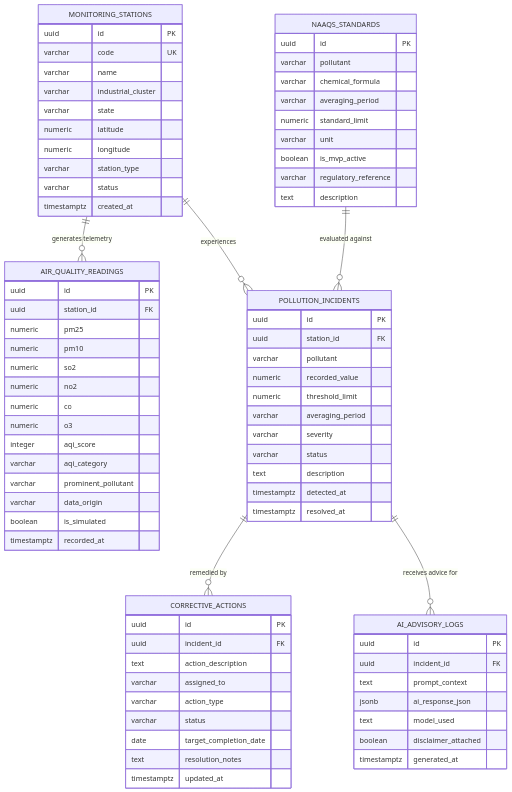
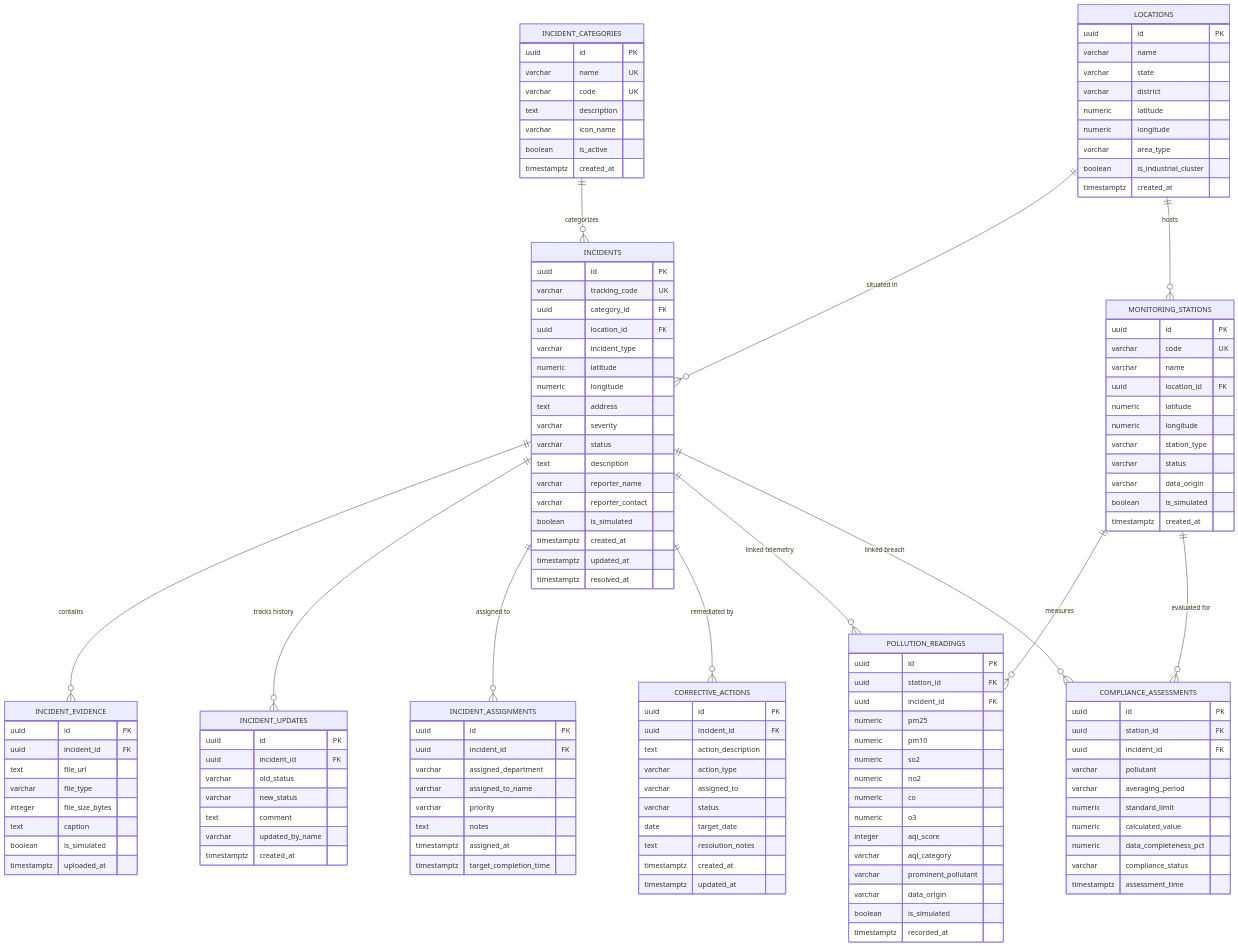
The diagram in DOCUMENTATION/DATABASE_SCHEMA.md (JainamSheth-045/HackOPS-2.0), drawn with Mermaid before and after one commit. The commit also changed other lines of this file and 42 other files, not shown here.

````diff
--- a/DOCUMENTATION/DATABASE_SCHEMA.md
+++ b/DOCUMENTATION/DATABASE_SCHEMA.md
@@ -12,39 +12,125 @@
 ```mermaid
 erDiagram
-    MONITORING_STATIONS ||--o{ AIR_QUALITY_READINGS : "generates telemetry"
-    MONITORING_STATIONS ||--o{ POLLUTION_INCIDENTS : "experiences"
-    NAAQS_STANDARDS ||--o{ POLLUTION_INCIDENTS : "evaluated against"
-    POLLUTION_INCIDENTS ||--o{ CORRECTIVE_ACTIONS : "remedied by"
-    POLLUTION_INCIDENTS ||--o{ AI_ADVISORY_LOGS : "receives advice for"
+    INCIDENT_CATEGORIES ||--o{ INCIDENTS : "categorizes"
+    LOCATIONS ||--o{ INCIDENTS : "situated in"
+    LOCATIONS ||--o{ MONITORING_STATIONS : "hosts"
+    
+    INCIDENTS ||--o{ INCIDENT_EVIDENCE : "contains"
+    INCIDENTS ||--o{ INCIDENT_UPDATES : "tracks history"
+    INCIDENTS ||--o{ INCIDENT_ASSIGNMENTS : "assigned to"
+    INCIDENTS ||--o{ CORRECTIVE_ACTIONS : "remediated by"
+    
+    MONITORING_STATIONS ||--o{ POLLUTION_READINGS : "measures"
+    MONITORING_STATIONS ||--o{ COMPLIANCE_ASSESSMENTS : "evaluated for"
+    
+    INCIDENTS ||--o{ POLLUTION_READINGS : "linked telemetry"
+    INCIDENTS ||--o{ COMPLIANCE_ASSESSMENTS : "linked breach"
+
+    INCIDENT_CATEGORIES {
+        uuid id PK
+        varchar name UK
+        varchar code UK
+        text description
+        varchar icon_name
+        boolean is_active
+        timestamptz created_at
+    }
+
+    LOCATIONS {
+        uuid id PK
+        varchar name
+        varchar state
+        varchar district
+        numeric latitude
+        numeric longitude
+        varchar area_type
+        boolean is_industrial_cluster
+        timestamptz created_at
+    }
+
+    INCIDENTS {
+        uuid id PK
+        varchar tracking_code UK
+        uuid category_id FK
+        uuid location_id FK
+        varchar incident_type
+        numeric latitude
+        numeric longitude
+        text address
+        varchar severity
+        varchar status
+        text description
+        varchar reporter_name
+        varchar reporter_contact
+        boolean is_simulated
+        timestamptz created_at
+        timestamptz updated_at
+        timestamptz resolved_at
+    }
+
+    INCIDENT_EVIDENCE {
+        uuid id PK
+        uuid incident_id FK
+        text file_url
+        varchar file_type
+        integer file_size_bytes
+        text caption
+        boolean is_simulated
+        timestamptz uploaded_at
+    }
+
+    INCIDENT_UPDATES {
+        uuid id PK
+        uuid incident_id FK
+        varchar old_status
+        varchar new_status
+        text comment
+        varchar updated_by_name
+        timestamptz created_at
+    }
+
+    INCIDENT_ASSIGNMENTS {
+        uuid id PK
+        uuid incident_id FK
+        varchar assigned_department
+        varchar assigned_to_name
+        varchar priority
+        text notes
+        timestamptz assigned_at
+        timestamptz target_completion_time
+    }
+
+    CORRECTIVE_ACTIONS {
+        uuid id PK
+        uuid incident_id FK
+        text action_description
+        varchar action_type
+        varchar assigned_to
+        varchar status
+        date target_date
+        text resolution_notes
+        timestamptz created_at
+        timestamptz updated_at
+    }
 
     MONITORING_STATIONS {
         uuid id PK
         varchar code UK
         varchar name
-        varchar industrial_cluster
-        varchar state
+        uuid location_id FK
         numeric latitude
         numeric longitude
         varchar station_type
         varchar status
+        varchar data_origin
+        boolean is_simulated
         timestamptz created_at
     }
 
-    NAAQS_STANDARDS {
-        uuid id PK
-        varchar pollutant
-        varchar chemical_formula
-        varchar averaging_period
-        numeric standard_limit
-        varchar unit
-        boolean is_mvp_active
-        varchar regulatory_reference
-        text description
-    }
-
-    AIR_QUALITY_READINGS {
+    POLLUTION_READINGS {
         uuid id PK
         uuid station_id FK
+        uuid incident_id FK
         numeric pm25
         numeric pm10
         numeric so2
@@ -59,39 +145,16 @@
         timestamptz recorded_at
     }
 
-    POLLUTION_INCIDENTS {
+    COMPLIANCE_ASSESSMENTS {
         uuid id PK
         uuid station_id FK
+        uuid incident_id FK
         varchar pollutant
-        numeric recorded_value
-        numeric threshold_limit
         varchar averaging_period
-        varchar severity
-        varchar status
-        text description
-        timestamptz detected_at
-        timestamptz resolved_at
-    }
-
-    CORRECTIVE_ACTIONS {
-        uuid id PK
-        uuid incident_id FK
-        text action_description
-        varchar assigned_to
-        varchar action_type
-        varchar status
-        date target_completion_date
-        text resolution_notes
-        timestamptz updated_at
-    }
-
-    AI_ADVISORY_LOGS {
-        uuid id PK
-        uuid incident_id FK
-        text prompt_context
-        jsonb ai_response_json
-        text model_used
-        boolean disclaimer_attached
-        timestamptz generated_at
+        numeric standard_limit
+        numeric calculated_value
+        numeric data_completeness_pct
+        varchar compliance_status
+        timestamptz assessment_time
     }
 ```
````
